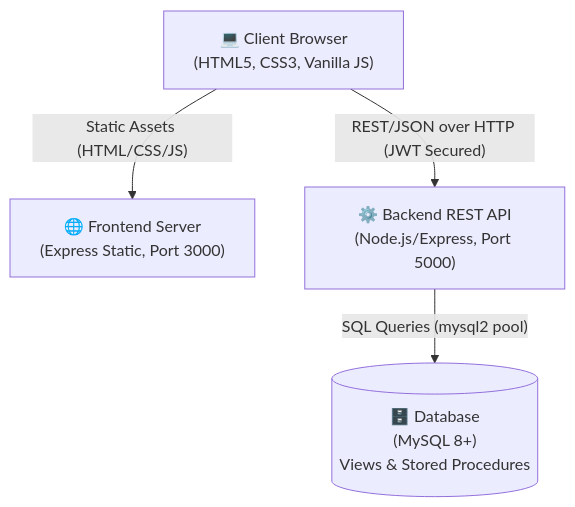
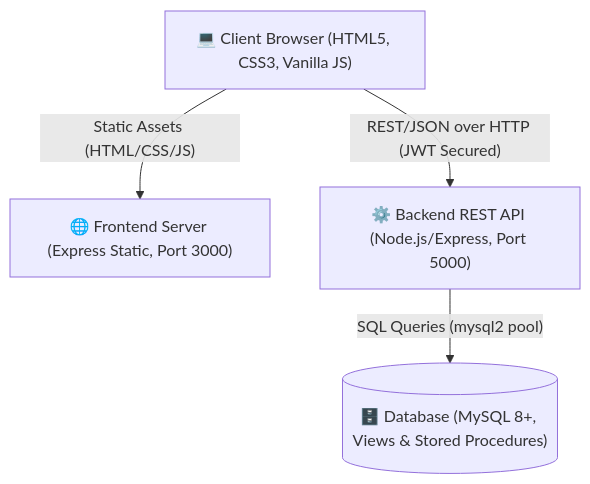
The diagram in README.md (Reethikaa05/LeaveSphere), drawn with Mermaid before and after one commit.

Commit message:
fix: mermaid diagram rendering on github

````diff
--- a/README.md
+++ b/README.md
@@ -54,11 +54,11 @@
 ```mermaid
 graph TD
-    Client["💻 Client Browser<br>(HTML5, CSS3, Vanilla JS)"]
-    FrontendServer["🌐 Frontend Server<br>(Express Static, Port 3000)"]
-    API["⚙️ Backend REST API<br>(Node.js/Express, Port 5000)"]
-    DB[("🗄️ Database<br>(MySQL 8+)<br>Views & Stored Procedures")]
+    Client["💻 Client Browser (HTML5, CSS3, Vanilla JS)"]
+    FrontendServer["🌐 Frontend Server (Express Static, Port 3000)"]
+    API["⚙️ Backend REST API (Node.js/Express, Port 5000)"]
+    DB[("🗄️ Database (MySQL 8+, Views & Stored Procedures)")]
     
     Client -- "Static Assets (HTML/CSS/JS)" --> FrontendServer
     Client -- "REST/JSON over HTTP (JWT Secured)" --> API
     API -- "SQL Queries (mysql2 pool)" --> DB
 ```
````
